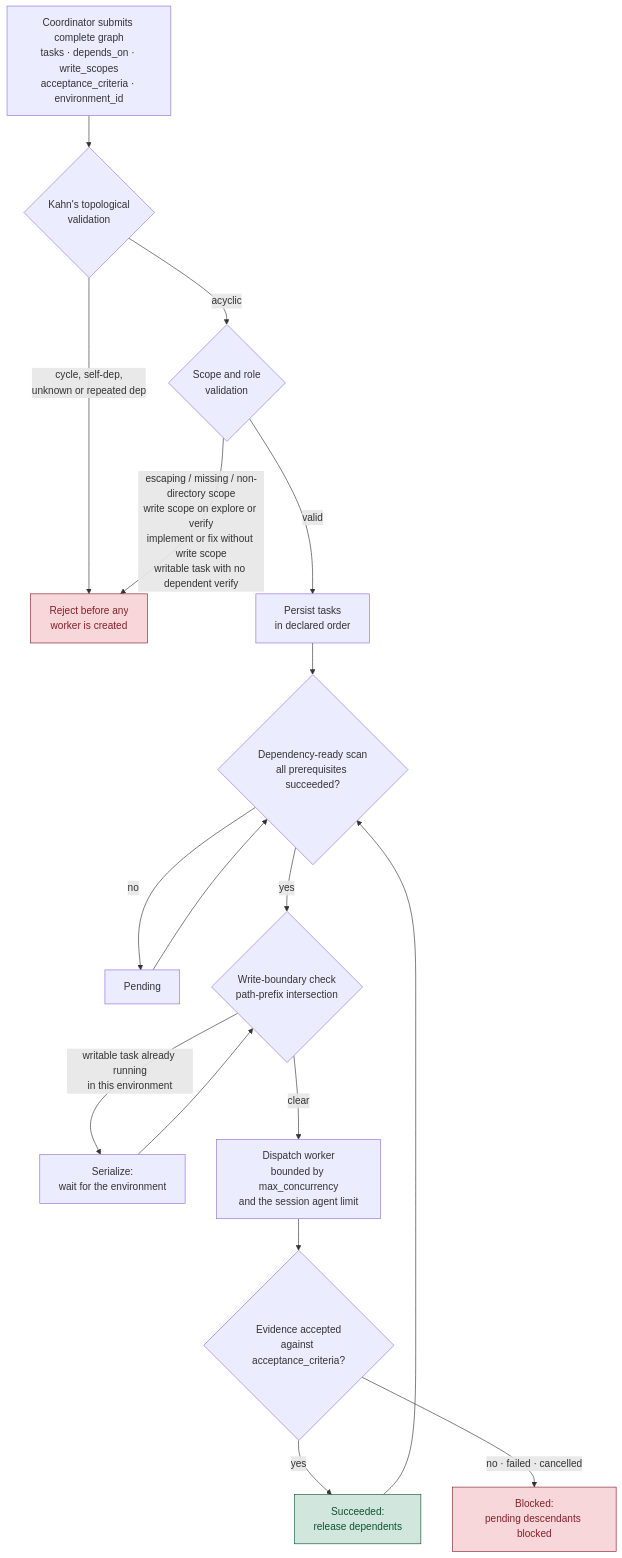
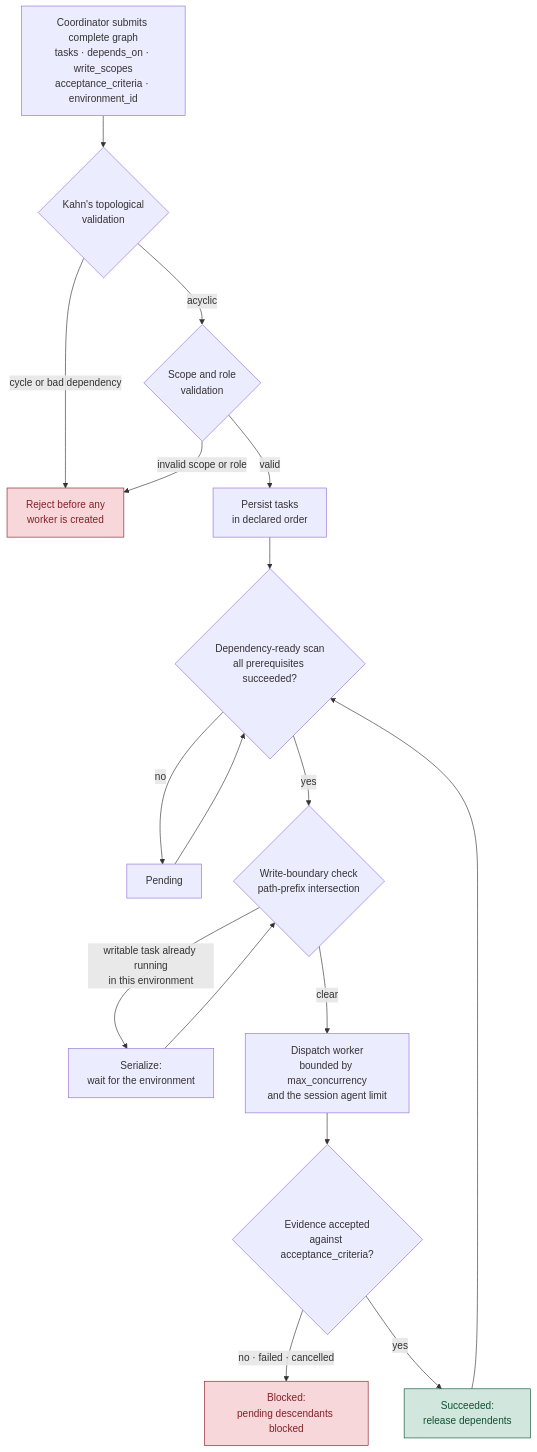
The diagram in docs/WORK_GRAPHS.md (MasihMoafi/Elpis), drawn with Mermaid before and after one commit.

Commit message:
docs(work-graphs): untangle the lifecycle diagram
The failure branch left the evidence gate on the right and crossed the
release edge looping back to the dependency-ready scan. Declaring the
failure branch first places it left, so the two no longer intertwine.

Both rejection edge labels were also multi-line lists that sprawled over
the adjacent 'valid' edge. The full rule list already appears under
Deterministic engine rules below, so the labels now just name the class.

````diff
--- a/docs/WORK_GRAPHS.md
+++ b/docs/WORK_GRAPHS.md
@@ -16,23 +16,23 @@
 ```mermaid
 flowchart TD
     A["Coordinator submits complete graph<br/>tasks · depends_on · write_scopes<br/>acceptance_criteria · environment_id"] --> B{"Kahn's topological<br/>validation"}
-    B -->|"cycle, self-dep,<br/>unknown or repeated dep"| R["Reject before any<br/>worker is created"]
+    B -->|"cycle or bad dependency"| R["Reject before any<br/>worker is created"]
     B -->|acyclic| C{"Scope and role<br/>validation"}
-    C -->|"escaping / missing / non-directory scope<br/>write scope on explore or verify<br/>implement or fix without write scope<br/>writable task with no dependent verify"| R
+    C -->|"invalid scope or role"| R
     C -->|valid| D["Persist tasks<br/>in declared order"]
     D --> E{"Dependency-ready scan<br/>all prerequisites succeeded?"}
     E -->|no| W["Pending"]
     W --> E
     E -->|yes| F{"Write-boundary check<br/>path-prefix intersection"}
     F -->|"writable task already running<br/>in this environment"| S["Serialize:<br/>wait for the environment"]
     S --> F
     F -->|clear| G["Dispatch worker<br/>bounded by max_concurrency<br/>and the session agent limit"]
     G --> H{"Evidence accepted<br/>against acceptance_criteria?"}
+    H -->|"no · failed · cancelled"| J["Blocked:<br/>pending descendants blocked"]
     H -->|yes| I["Succeeded:<br/>release dependents"]
-    H -->|"no · failed · cancelled"| J["Blocked:<br/>pending descendants blocked"]
     I --> E
 
     style R fill:#f8d7da,stroke:#842029,color:#842029
     style J fill:#f8d7da,stroke:#842029,color:#842029
     style I fill:#d1e7dd,stroke:#0f5132,color:#0f5132
 ```
````
